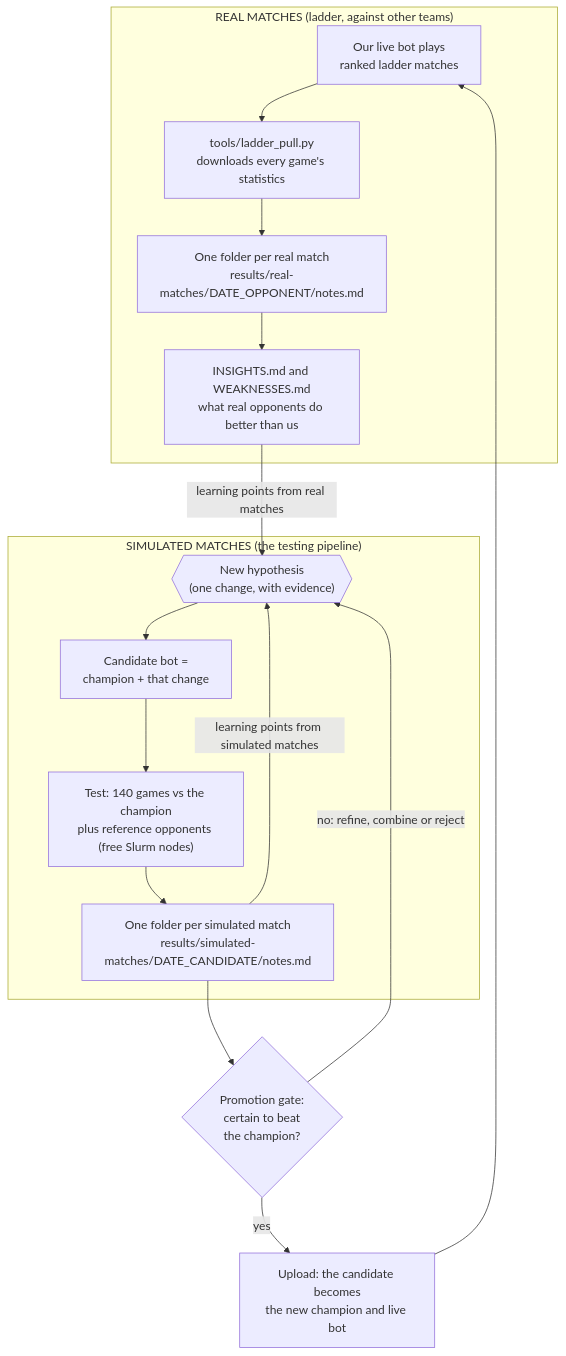
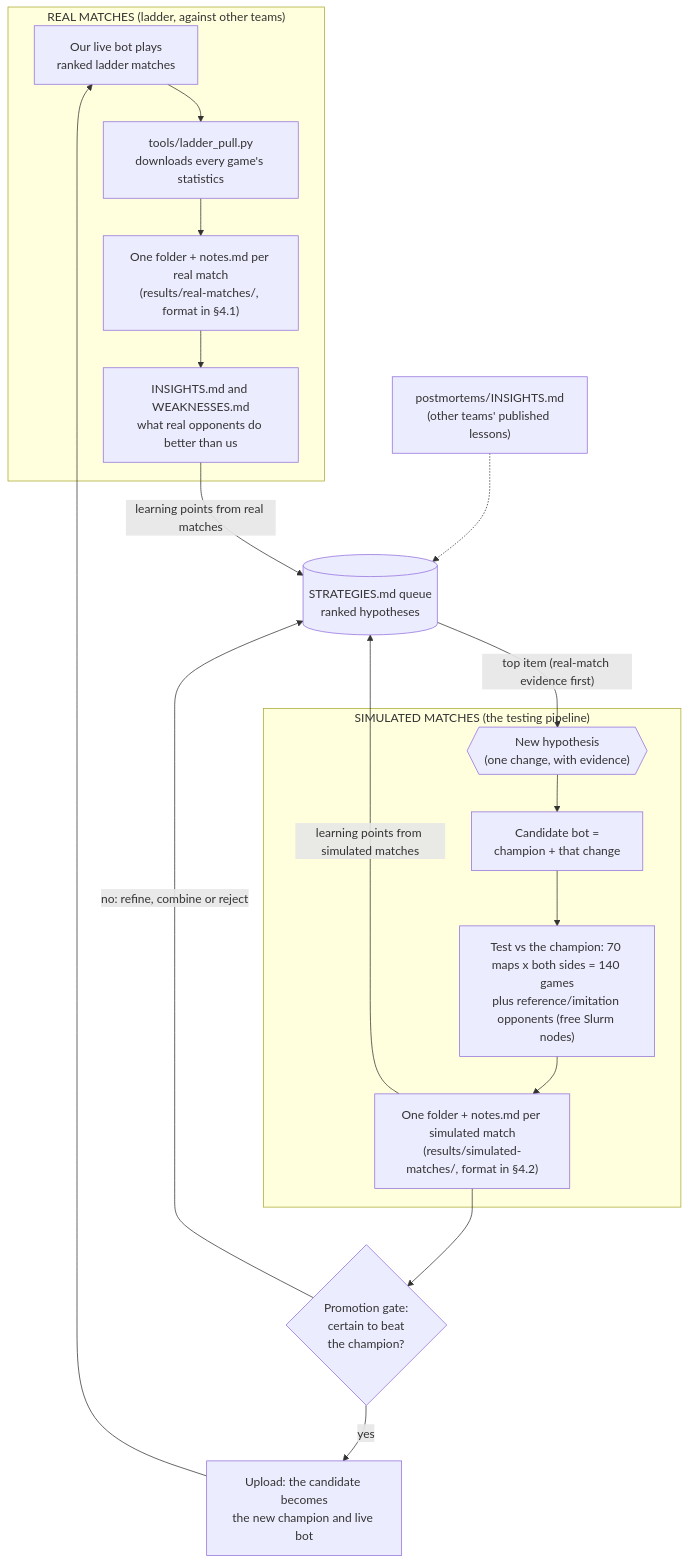
One commit to extremefattypunch/Cambridge-BattleCode-Turborecallers-2026 changed the first of 6 diagrams in README.md. Above: the diagram before and after it, drawn with Mermaid. The commit also changed other lines of this file and 18 other files, not shown here.

Commit message:
Apply the README/workflow review: gate steps (e) old-bot hedge and (f) skeptic in LOOP and README, pre-registered simulated notes (tools/new_sim_note.py), claimed scouting (unscouted.py --claim), safe and bounded organiser and indexes, diagram fixes

````diff
--- a/README.md
+++ b/README.md
@@ -18,19 +18,23 @@
 ```mermaid
 flowchart TB
     subgraph REAL["REAL MATCHES (ladder, against other teams)"]
         LIVE["Our live bot plays<br/>ranked ladder matches"] --> PULL["tools/ladder_pull.py<br/>downloads every game's statistics"]
-        PULL --> RNOTE["One folder per real match<br/>results/real-matches/DATE_OPPONENT/notes.md"]
+        PULL --> RNOTE["One folder + notes.md per real match<br/>(results/real-matches/, format in §4.1)"]
         RNOTE --> INS["INSIGHTS.md and WEAKNESSES.md<br/>what real opponents do better than us"]
     end
+    PM["postmortems/INSIGHTS.md<br/>(other teams' published lessons)"]
+    QUEUE[("STRATEGIES.md queue<br/>ranked hypotheses")]
     subgraph SIM["SIMULATED MATCHES (the testing pipeline)"]
         HYP{{"New hypothesis<br/>(one change, with evidence)"}} --> CAND["Candidate bot =<br/>champion + that change"]
-        CAND --> TEST["Test: 140 games vs the champion<br/>plus reference opponents (free Slurm nodes)"]
-        TEST --> SNOTE["One folder per simulated match<br/>results/simulated-matches/DATE_CANDIDATE/notes.md"]
+        CAND --> TEST["Test vs the champion: 70 maps x both sides = 140 games<br/>plus reference/imitation opponents (free Slurm nodes)"]
+        TEST --> SNOTE["One folder + notes.md per simulated match<br/>(results/simulated-matches/, format in §4.2)"]
     end
-    INS -- "learning points from real matches" --> HYP
-    SNOTE -- "learning points from simulated matches" --> HYP
+    INS -- "learning points from real matches" --> QUEUE
+    SNOTE -- "learning points from simulated matches" --> QUEUE
+    PM -.-> QUEUE
+    QUEUE -- "top item (real-match evidence first)" --> HYP
     SNOTE --> GATE{"Promotion gate:<br/>certain to beat<br/>the champion?"}
-    GATE -- "no: refine, combine or reject" --> HYP
+    GATE -- "no: refine, combine or reject" --> QUEUE
     GATE -- "yes" --> UP["Upload: the candidate becomes<br/>the new champion and live bot"]
     UP --> LIVE
 ```
````
